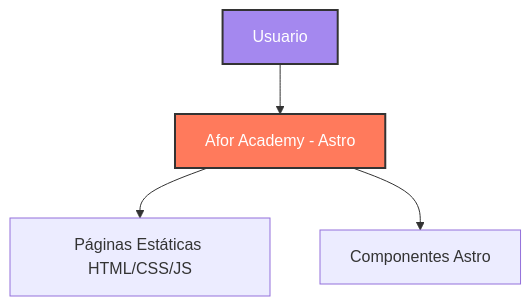
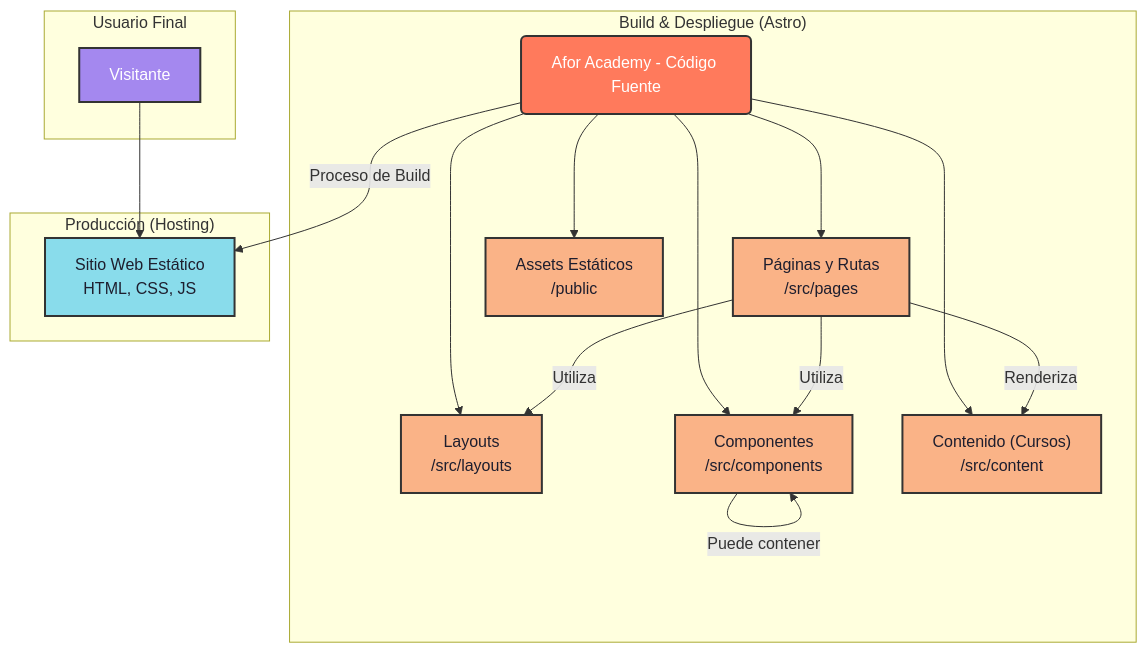
One commit to afordigital/afor-academy changed the diagram in README.md. Above: the diagram before and after it, drawn with Mermaid. The commit also changed other lines of this file and 1 other file, not shown here.

Commit message:
readme update

````diff
--- a/README.md
+++ b/README.md
@@ -32,9 +32,36 @@
 ```mermaid
 graph TD
-    A[Usuario] --> B[Afor Academy - Astro]
-    B --> C[Páginas Estáticas HTML/CSS/JS]
-    B --> D[Componentes Astro]
+    subgraph "Usuario Final"
+        A[Visitante]
+    end
+
+    subgraph "Build & Despliegue (Astro)"
+        C(Afor Academy - Código Fuente)
+        C --> D["Páginas y Rutas<br/>/src/pages"]
+        C --> E["Layouts<br/>/src/layouts"]
+        C --> F["Componentes<br/>/src/components"]
+        C --> G["Contenido (Cursos)<br/>/src/content"]
+        C --> H["Assets Estáticos<br/>/public"]
+    end
+
+    subgraph "Producción (Hosting)"
+        B["Sitio Web Estático<br/>HTML, CSS, JS"]
+    end
+
+    A --> B
+    C -- Proceso de Build --> B
+
+    D -- Utiliza --> E
+    D -- Utiliza --> F
+    F -- Puede contener --> F
+    D -- Renderiza --> G
 
     style A fill:#a488ef,stroke:#333,stroke-width:2px,color:#fff
-    style B fill:#ff7a5c,stroke:#333,stroke-width:2px,color:#fff
+    style B fill:#89dceb,stroke:#333,stroke-width:2px,color:#1e1e2e
+    style C fill:#ff7a5c,stroke:#333,stroke-width:2px,color:#fff
+    style D fill:#fab387,stroke:#333,stroke-width:2px,color:#1e1e2e
+    style E fill:#fab387,stroke:#333,stroke-width:2px,color:#1e1e2e
+    style F fill:#fab387,stroke:#333,stroke-width:2px,color:#1e1e2e
+    style G fill:#fab387,stroke:#333,stroke-width:2px,color:#1e1e2e
+    style H fill:#fab387,stroke:#333,stroke-width:2px,color:#1e1e2e
 ```
````
